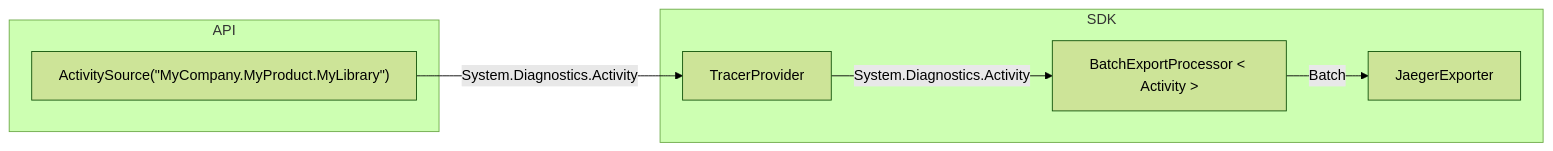
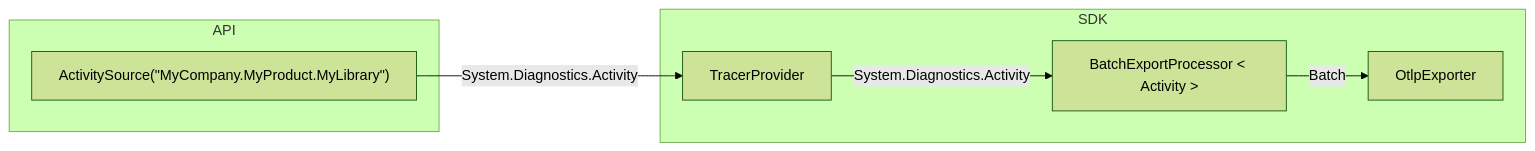
One commit to open-telemetry/opentelemetry-dotnet changed the third of 3 diagrams in docs/trace/getting-started-jaeger/README.md. Above: the diagram before and after it, drawn with Mermaid (forest theme). The commit also changed other lines of this file and 3 other files, not shown here.

First line of the commit message:
[DOC] Update Jaeger tutorial to use OTLP Exporter (#3940)

````diff
--- a/docs/trace/getting-started-jaeger/README.md
+++ b/docs/trace/getting-started-jaeger/README.md
@@ -158,17 +158,17 @@
 ```mermaid
 graph LR
 
 subgraph SDK
   TracerProvider
   BatchExportProcessor["BatchExportProcessor < Activity >"]
-  JaegerExporter
+  OtlpExporter
 end
 
 subgraph API
   ActivitySource["ActivitySource(#quot;MyCompany.MyProduct.MyLibrary#quot;)"]
 end
 
 ActivitySource --> | System.Diagnostics.Activity | TracerProvider --> | System.Diagnostics.Activity | BatchExportProcessor
 
-BatchExportProcessor --> | Batch | JaegerExporter
+BatchExportProcessor --> | Batch | OtlpExporter
 ```
````
